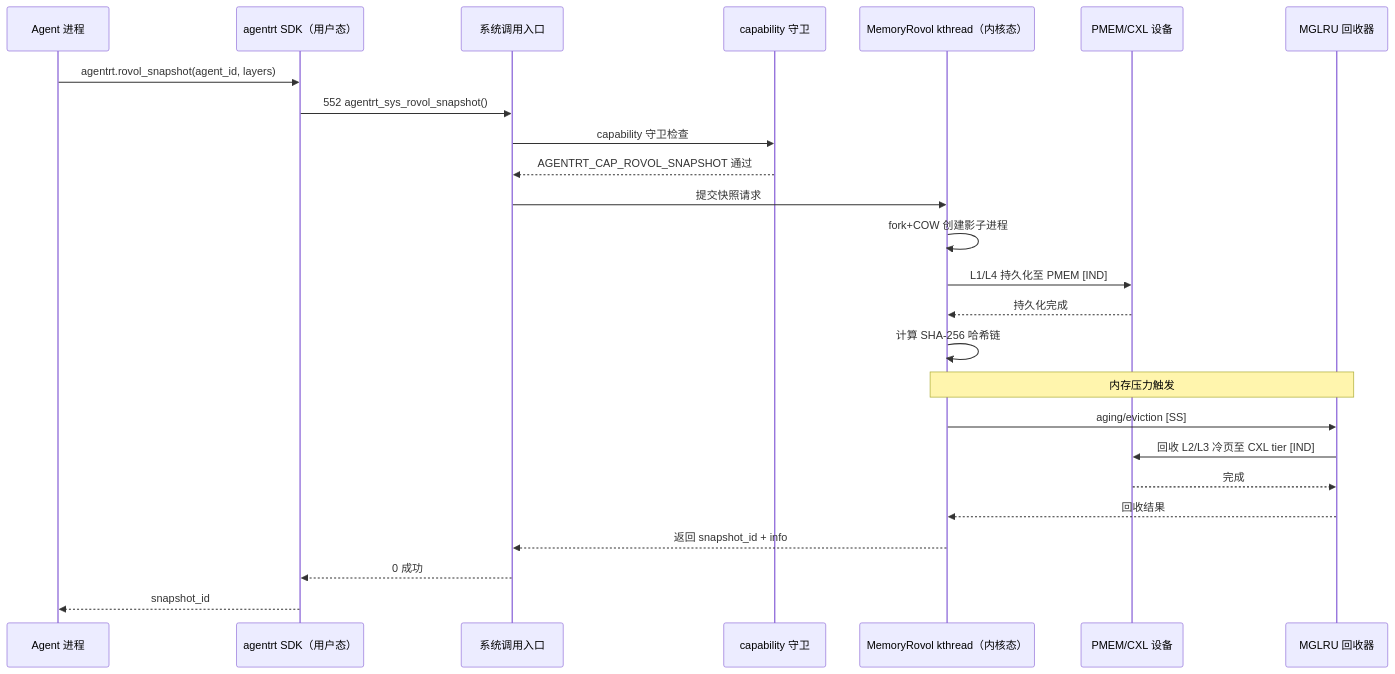
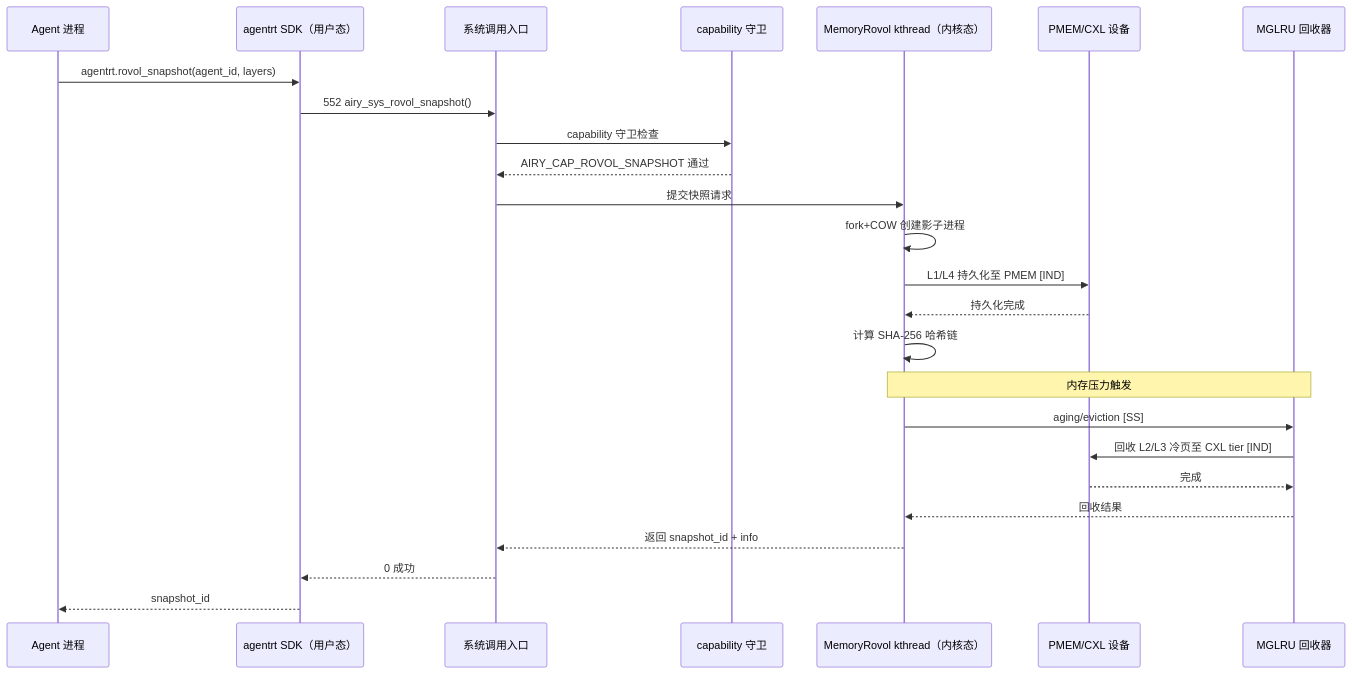
The sixth of 6 diagrams in 140-application-development/05-memory-rovol-api.md (openairymax/docs-linux), drawn with Mermaid before and after one commit. The commit also changed other lines of this file and 132 other files, not shown here.

Commit message:
chore: 完成全项目命名空间从agentrt到airy的统一替换 本次提交完成了代码库中所有`agentrt_`相关命名空间、宏定义、标识符的统一替换，改为`airy_`前缀，同时完成了部分文档的排版优化与路径修正： 1. 替换了所有API函数、结构体、宏定义的命名前缀 2. 更新了文档中的示例代码与引用路径

````diff
--- a/140-application-development/05-memory-rovol-api.md
+++ b/140-application-development/05-memory-rovol-api.md
@@ -988,31 +988,31 @@
 ```mermaid
 sequenceDiagram
     participant AGENT as Agent 进程
     participant SDK as agentrt SDK（用户态）
     participant SYSCALL as 系统调用入口
     participant CAP as capability 守卫
     participant ROVOL as MemoryRovol kthread（内核态）
     participant PMEM as PMEM/CXL 设备
     participant MGLRU as MGLRU 回收器
 
     AGENT->>SDK: agentrt.rovol_snapshot(agent_id, layers)
-    SDK->>SYSCALL: 552 agentrt_sys_rovol_snapshot()
+    SDK->>SYSCALL: 552 airy_sys_rovol_snapshot()
     SYSCALL->>CAP: capability 守卫检查
-    CAP-->>SYSCALL: AGENTRT_CAP_ROVOL_SNAPSHOT 通过
+    CAP-->>SYSCALL: AIRY_CAP_ROVOL_SNAPSHOT 通过
     SYSCALL->>ROVOL: 提交快照请求
 
     ROVOL->>ROVOL: fork+COW 创建影子进程
     ROVOL->>PMEM: L1/L4 持久化至 PMEM [IND]
     PMEM-->>ROVOL: 持久化完成
     ROVOL->>ROVOL: 计算 SHA-256 哈希链
 
     Note over ROVOL,MGLRU: 内存压力触发
     ROVOL->>MGLRU: aging/eviction [SS]
     MGLRU->>PMEM: 回收 L2/L3 冷页至 CXL tier [IND]
     PMEM-->>MGLRU: 完成
     MGLRU-->>ROVOL: 回收结果
 
     ROVOL-->>SYSCALL: 返回 snapshot_id + info
     SYSCALL-->>SDK: 0 成功
     SDK-->>AGENT: snapshot_id
 ```
````
